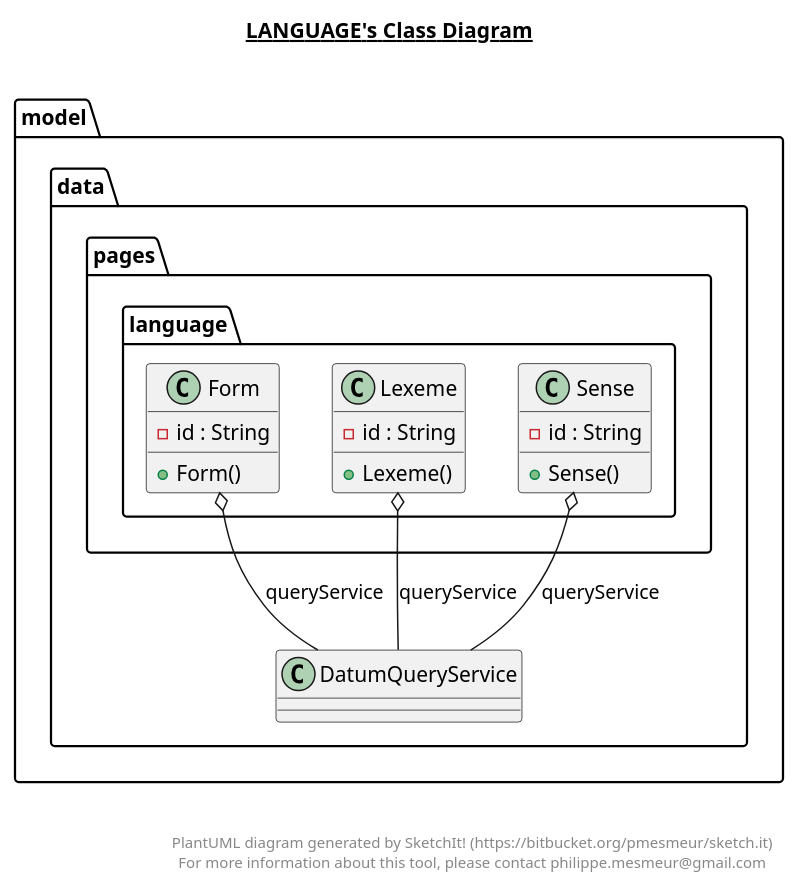
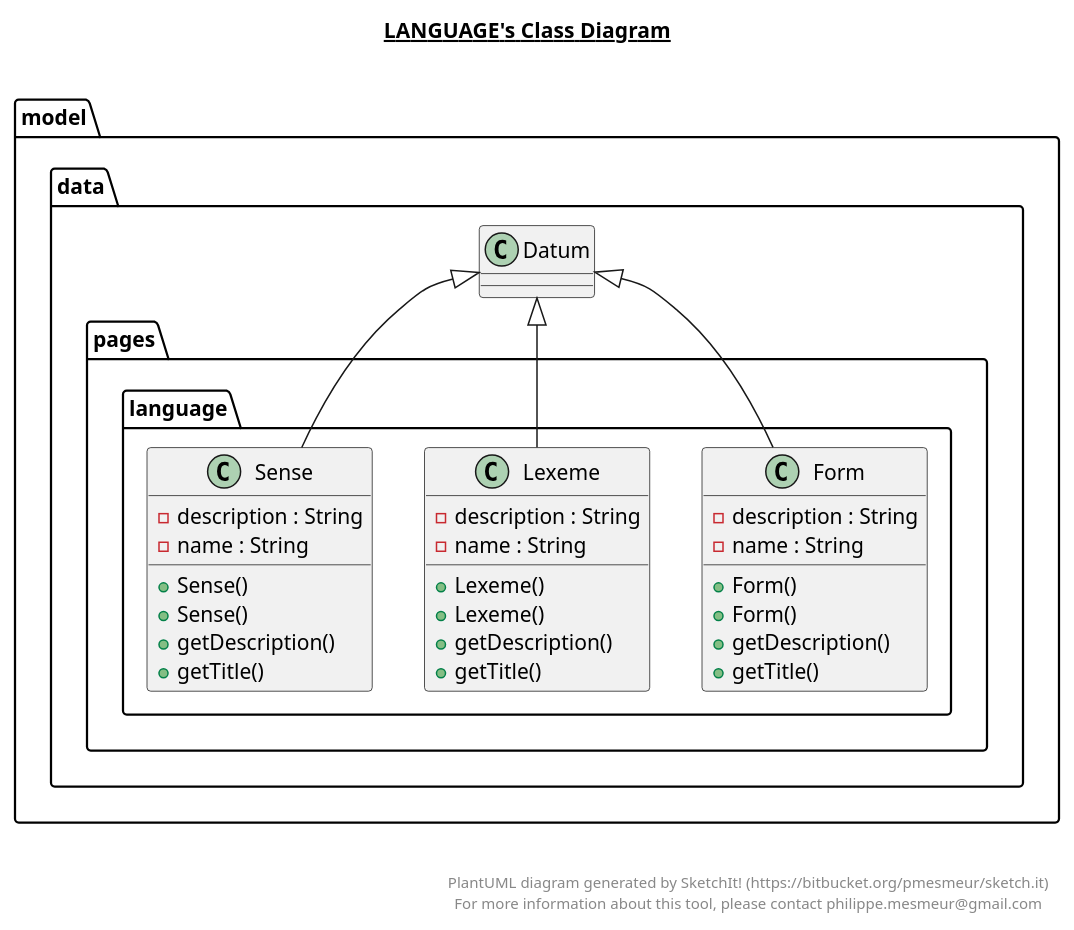
Before and after one commit to Bryce-MW/WikidataExplorer: the diagram in src/main/model/data/pages/language/language.plantuml, drawn with PlantUML. The commit also changed 28 other files, not shown here.

Commit message:
Tested about as much as can reasonably be done without a lot of reflection. I've also updated diagrams, added an image diagram to the top level and a screenshot of my original UI design to the top level.

```diff
--- a/src/main/model/data/pages/language/language.plantuml
+++ b/src/main/model/data/pages/language/language.plantuml
@@ -1,53 +1,65 @@
 @startuml
 
 title __LANGUAGE's Class Diagram__\n
 
   namespace model.data {
     namespace pages {
       namespace language {
         class model.data.pages.language.Form {
-            - id : String
+            - description : String
+            - name : String
             + Form()
+            + Form()
+            + getDescription()
+            + getTitle()
         }
       }
     }
   }
   
 
   namespace model.data {
     namespace pages {
       namespace language {
         class model.data.pages.language.Lexeme {
-            - id : String
+            - description : String
+            - name : String
             + Lexeme()
+            + Lexeme()
+            + getDescription()
+            + getTitle()
         }
       }
     }
   }
   
 
   namespace model.data {
     namespace pages {
       namespace language {
         class model.data.pages.language.Sense {
-            - id : String
+            - description : String
+            - name : String
             + Sense()
+            + Sense()
+            + getDescription()
+            + getTitle()
         }
       }
     }
   }
   
 
-  model.data.pages.language.Form o-- model.data.DatumQueryService : queryService
-  model.data.pages.language.Lexeme o-- model.data.DatumQueryService : queryService
-  model.data.pages.language.Sense o-- model.data.DatumQueryService : queryService
+  model.data.pages.language.Form -up-|> model.data.Datum
+  model.data.pages.language.Lexeme -up-|> model.data.Datum
+  model.data.pages.language.Sense -up-|> model.data.Datum
 
 
 right footer
 
 
 PlantUML diagram generated by SketchIt! (https://bitbucket.org/pmesmeur/sketch.it)
 For more information about this tool, please contact philippe.mesmeur@gmail.com
 endfooter
 
 @enduml
```
